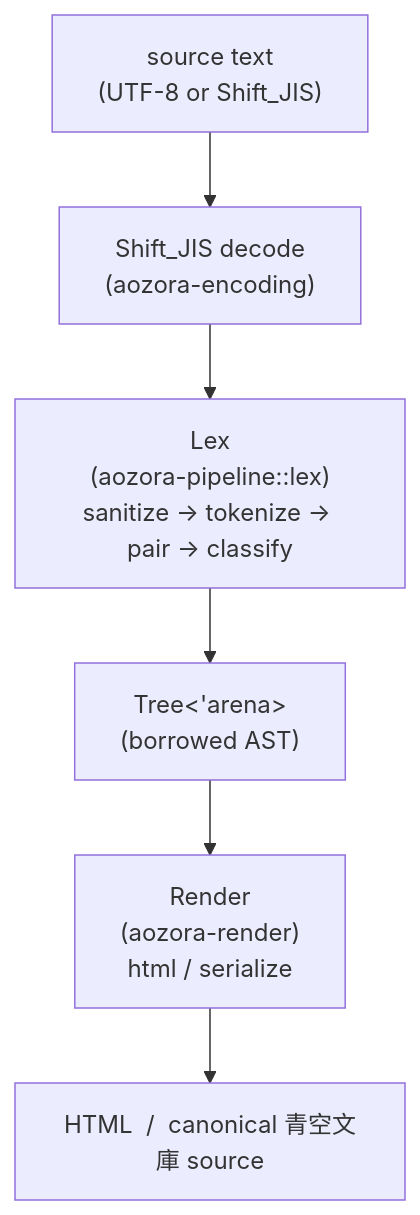
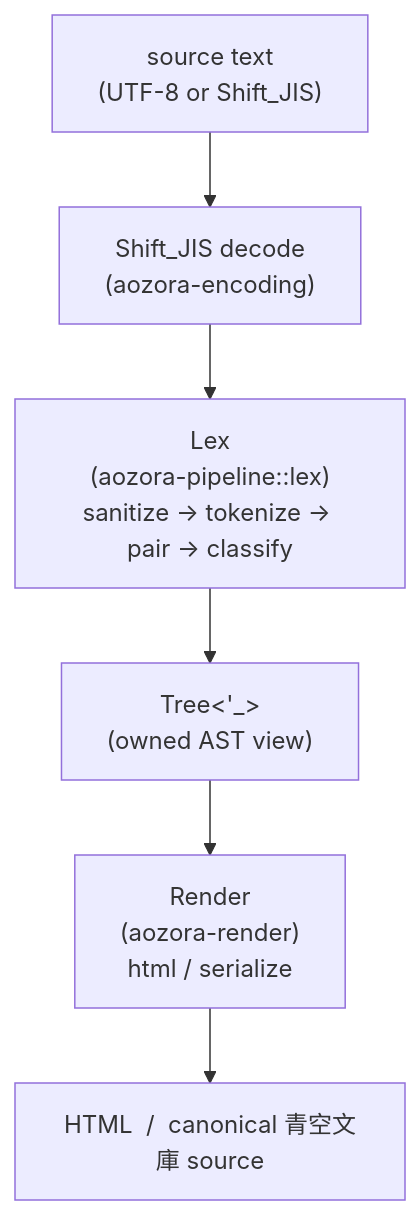
One commit to P4suta/aozora changed the first of 2 diagrams in crates/aozora-book/src/arch/pipeline.md. Above: the diagram before and after it, drawn with Mermaid. The commit also changed other lines of this file and 37 other files, not shown here.

First line of the commit message:
docs: sweep borrowed-arena doc-rot to owned AST (#364)

````diff
--- a/crates/aozora-book/src/arch/pipeline.md
+++ b/crates/aozora-book/src/arch/pipeline.md
@@ -12,11 +12,11 @@
 ```mermaid
 flowchart TD
     src["source text<br/>(UTF-8 or Shift_JIS)"]
     decode["Shift_JIS decode<br/>(aozora-encoding)"]
     lex["Lex<br/>(aozora-pipeline::lex)<br/>sanitize → tokenize → pair → classify"]
-    tree["Tree&lt;'arena&gt;<br/>(borrowed AST)"]
+    tree["Tree&lt;'_&gt;<br/>(owned AST view)"]
     render["Render<br/>(aozora-render)<br/>html  /  serialize"]
     out["HTML  /  canonical 青空文庫 source"]
 
     src --> decode --> lex --> tree --> render --> out
 ```
````
